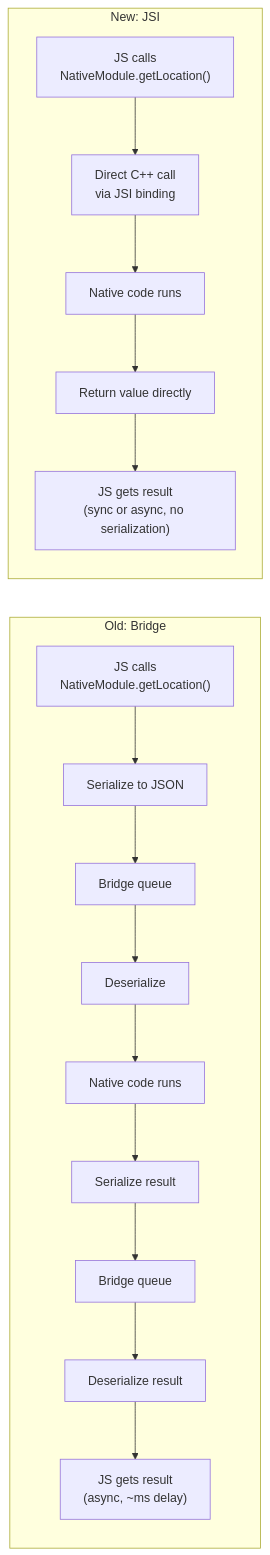
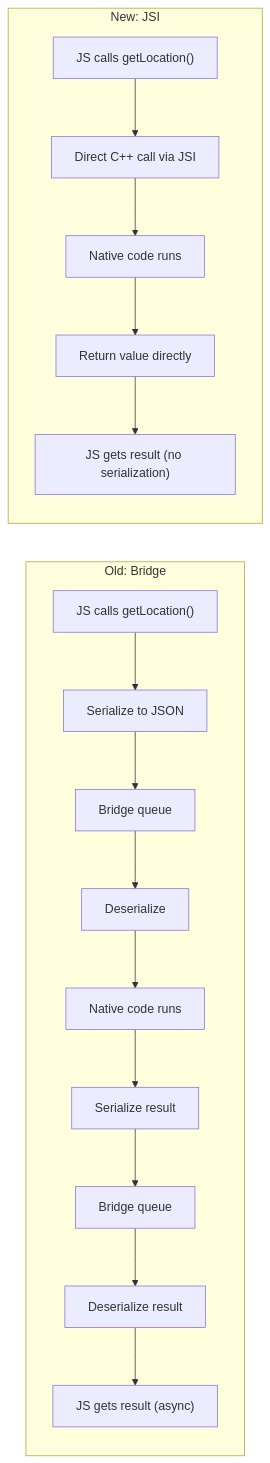
Before and after one commit to BabaScience/react-guides: diagram 11 of 12 in arguments/chapters/rn-02-fundamentals.md, drawn with Mermaid. The commit also changed other lines of this file and 63 other files, not shown here.

First line of the commit message:
Enrich React Native roadmap with deeper content, visuals, and FR/IT translations

````diff
--- a/arguments/chapters/rn-02-fundamentals.md
+++ b/arguments/chapters/rn-02-fundamentals.md
@@ -382,20 +542,20 @@
 ```mermaid
 graph LR
     subgraph OldWay["Old: Bridge"]
-        JS1["JS calls\nNativeModule.getLocation()"] --> Serialize["Serialize to JSON"]
+        JS1["JS calls getLocation()"] --> Serialize["Serialize to JSON"]
         Serialize --> Queue1["Bridge queue"]
         Queue1 --> Deserialize["Deserialize"]
         Deserialize --> NativeCode1["Native code runs"]
         NativeCode1 --> Serialize2["Serialize result"]
         Serialize2 --> Queue2["Bridge queue"]
         Queue2 --> Deserialize2["Deserialize result"]
-        Deserialize2 --> JS1Result["JS gets result\n(async, ~ms delay)"]
+        Deserialize2 --> JS1Result["JS gets result (async)"]
     end
 
     subgraph NewWay["New: JSI"]
-        JS2["JS calls\nNativeModule.getLocation()"] --> Direct["Direct C++ call\nvia JSI binding"]
+        JS2["JS calls getLocation()"] --> Direct["Direct C++ call via JSI"]
         Direct --> NativeCode2["Native code runs"]
         NativeCode2 --> Return["Return value directly"]
-        Return --> JS2Result["JS gets result\n(sync or async, no serialization)"]
+        Return --> JS2Result["JS gets result (no serialization)"]
     end
 ```
````
